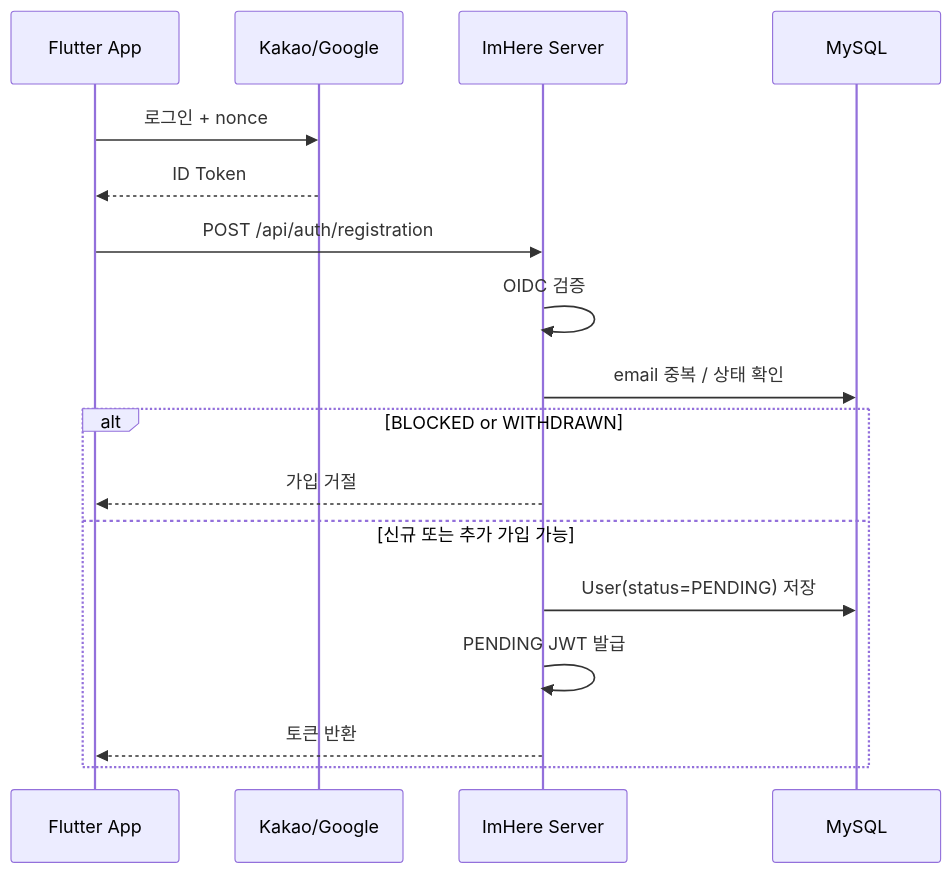
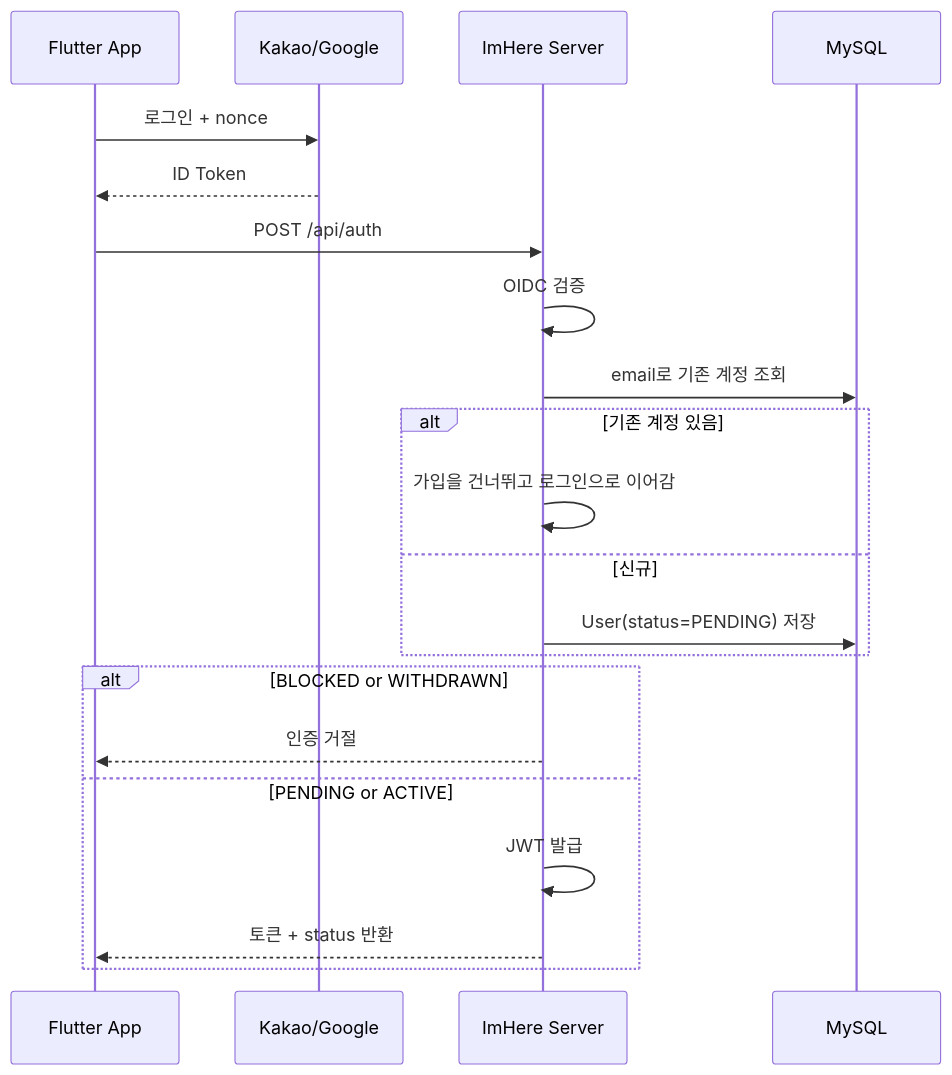
Before and after one commit to ImHereOfRati/server: the first of 2 diagrams in docs/flows/oidc-signup-activation.md, drawn with Mermaid. The commit also changed other lines of this file and 46 other files, not shown here.

First line of the commit message:
refactor(auth)!: unify OIDC signup and login into POST /api/auth

````diff
--- a/docs/flows/oidc-signup-activation.md
+++ b/docs/flows/oidc-signup-activation.md
@@ -19,20 +19,24 @@
 ```mermaid
 sequenceDiagram
     participant App as Flutter App
     participant OIDC as Kakao/Google
     participant Server as ImHere Server
     participant DB as MySQL
 
     App->>OIDC: 로그인 + nonce
     OIDC-->>App: ID Token
-    App->>Server: POST /api/auth/registration
+    App->>Server: POST /api/auth
     Server->>Server: OIDC 검증
-    Server->>DB: email 중복 / 상태 확인
+    Server->>DB: email로 기존 계정 조회
+    alt 기존 계정 있음
+        Server->>Server: 가입을 건너뛰고 로그인으로 이어감
+    else 신규
+        Server->>DB: User(status=PENDING) 저장
+    end
     alt BLOCKED or WITHDRAWN
-        Server-->>App: 가입 거절
-    else 신규 또는 추가 가입 가능
-        Server->>DB: User(status=PENDING) 저장
-        Server->>Server: PENDING JWT 발급
-        Server-->>App: 토큰 반환
+        Server-->>App: 인증 거절
+    else PENDING or ACTIVE
+        Server->>Server: JWT 발급
+        Server-->>App: 토큰 + status 반환
     end
 ```
````
